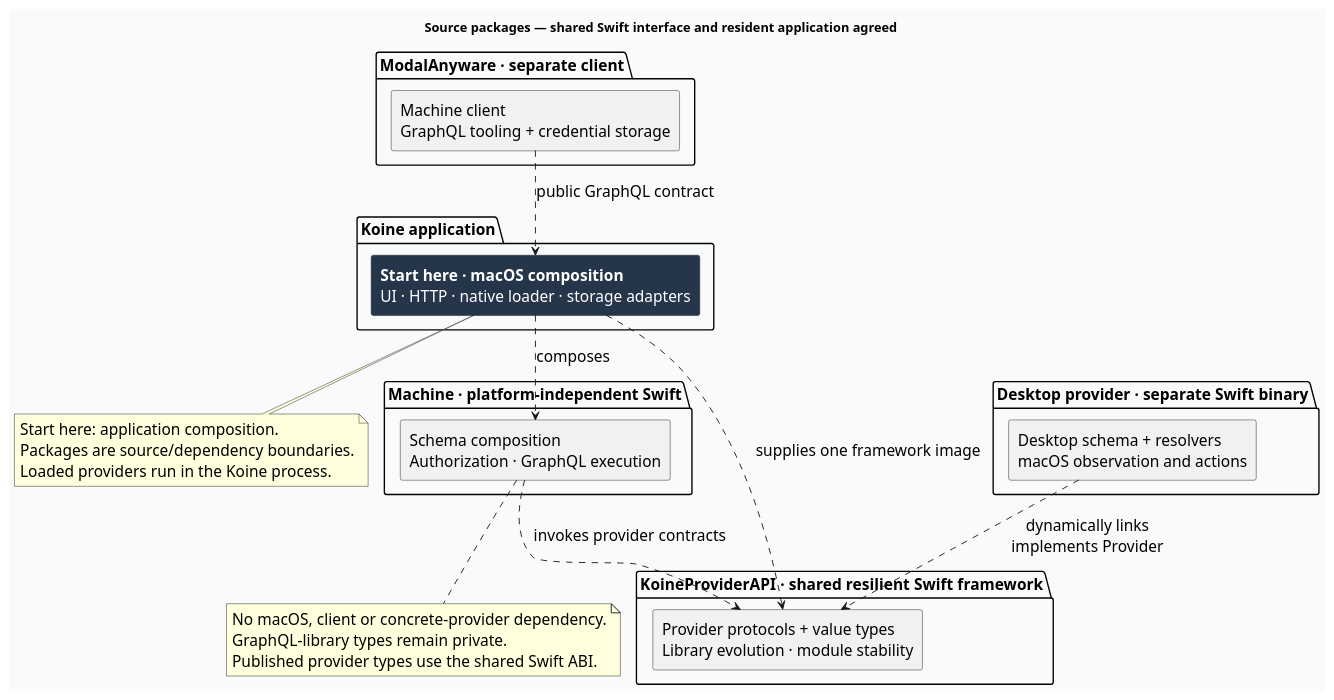
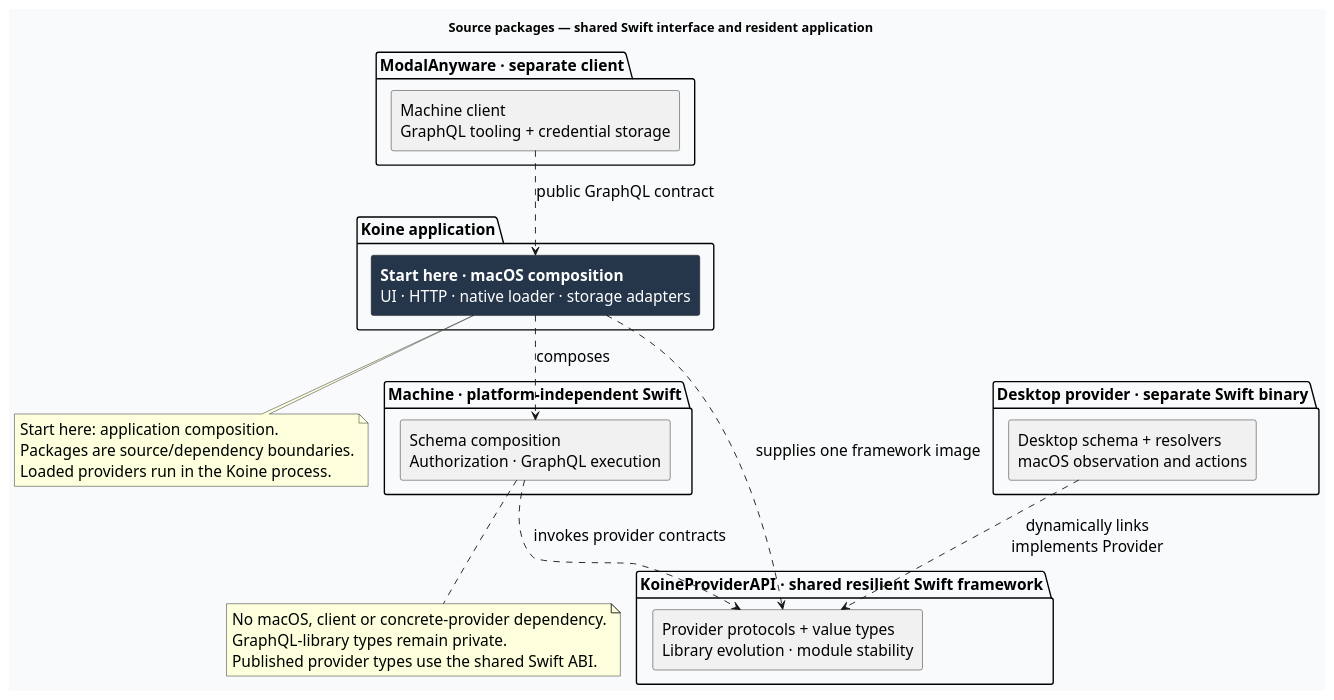
One commit to Linkuistics/Koine changed the diagram in docs/design/architecture/packages.puml. Above: the diagram before and after it, drawn with PlantUML. The commit also changed 48 other files, not shown here.

```diff
--- a/docs/design/architecture/packages.puml
+++ b/docs/design/architecture/packages.puml
@@ -1,39 +1,39 @@
 @startuml packages
 skinparam backgroundColor #F8FAFC
 skinparam defaultFontName Helvetica
 skinparam defaultFontSize 17
 skinparam shadowing false
 skinparam componentStyle rectangle
 top to bottom direction
-title Source packages — shared Swift interface and resident application agreed
+title Source packages — shared Swift interface and resident application
 package "Koine application" {
   component "<color:white><b>Start here · macOS composition</b></color>\n<color:white>UI · HTTP · native loader · storage adapters</color>" as App #25364B
 }
 package "Machine · platform-independent Swift" {
   component "Schema composition\nAuthorization · GraphQL execution" as Machine
 }
 package "KoineProviderAPI · shared resilient Swift framework" {
   component "Provider protocols + value types\nLibrary evolution · module stability" as API
 }
 package "Desktop provider · separate Swift binary" {
   component "Desktop schema + resolvers\nmacOS observation and actions" as Desktop
 }
 package "ModalAnyware · separate client" {
   component "Machine client\nGraphQL tooling + credential storage" as Client
 }
 App ..> Machine : composes
 App ..> API : supplies one framework image
 Machine ..> API : invokes provider contracts
 Desktop ..> API : dynamically links\nimplements Provider
 Client ..> App : public GraphQL contract
 note bottom of App
 Start here: application composition.
 Packages are source/dependency boundaries.
 Loaded providers run in the Koine process.
 end note
 note bottom of Machine
 No macOS, client or concrete-provider dependency.
 GraphQL-library types remain private.
 Published provider types use the shared Swift ABI.
 end note
 @enduml
```
